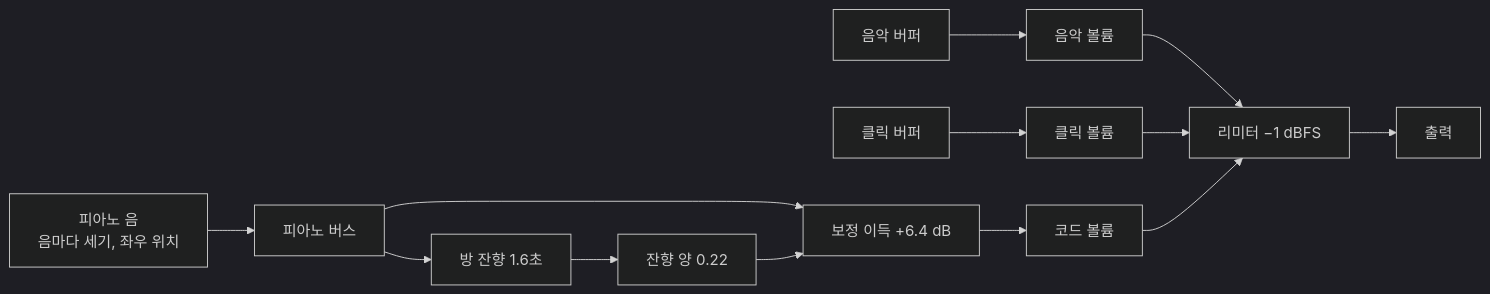
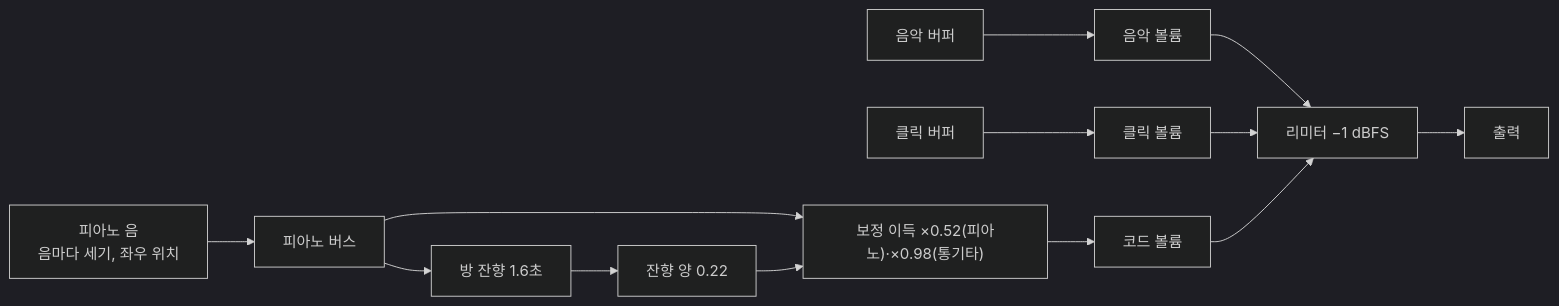
Before and after one commit to Velvitty/Chordity: the third of 3 diagrams in README.md, drawn with Mermaid (dark theme). The commit also changed other lines of this file and 9 other files, not shown here.

````diff
--- a/README.md
+++ b/README.md
@@ -1257,13 +1358,13 @@
 ```mermaid
 flowchart LR
   M["음악 버퍼"] --> GM["음악 볼륨"]
   C["클릭 버퍼"] --> GC["클릭 볼륨"]
   P["피아노 음<br/>음마다 세기, 좌우 위치"] --> PB["피아노 버스"]
-  PB --> MK["보정 이득 +6.4 dB"]
+  PB --> MK["보정 이득 ×0.52(피아노)·×0.98(통기타)"]
   PB --> RV["방 잔향 1.6초"] --> W["잔향 양 0.22"] --> MK
   MK --> GP["코드 볼륨"]
   GM --> L["리미터 −1 dBFS"]
   GC --> L
   GP --> L
   L --> O["출력"]
 ```
````
